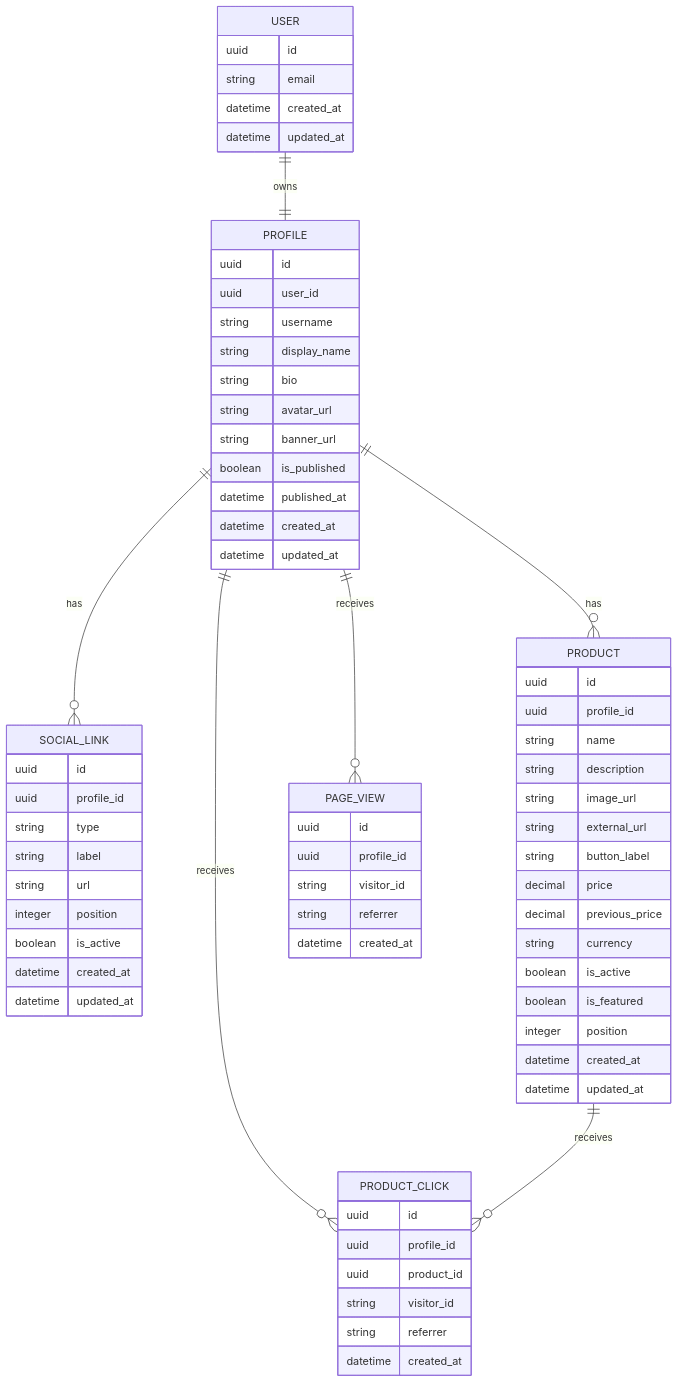
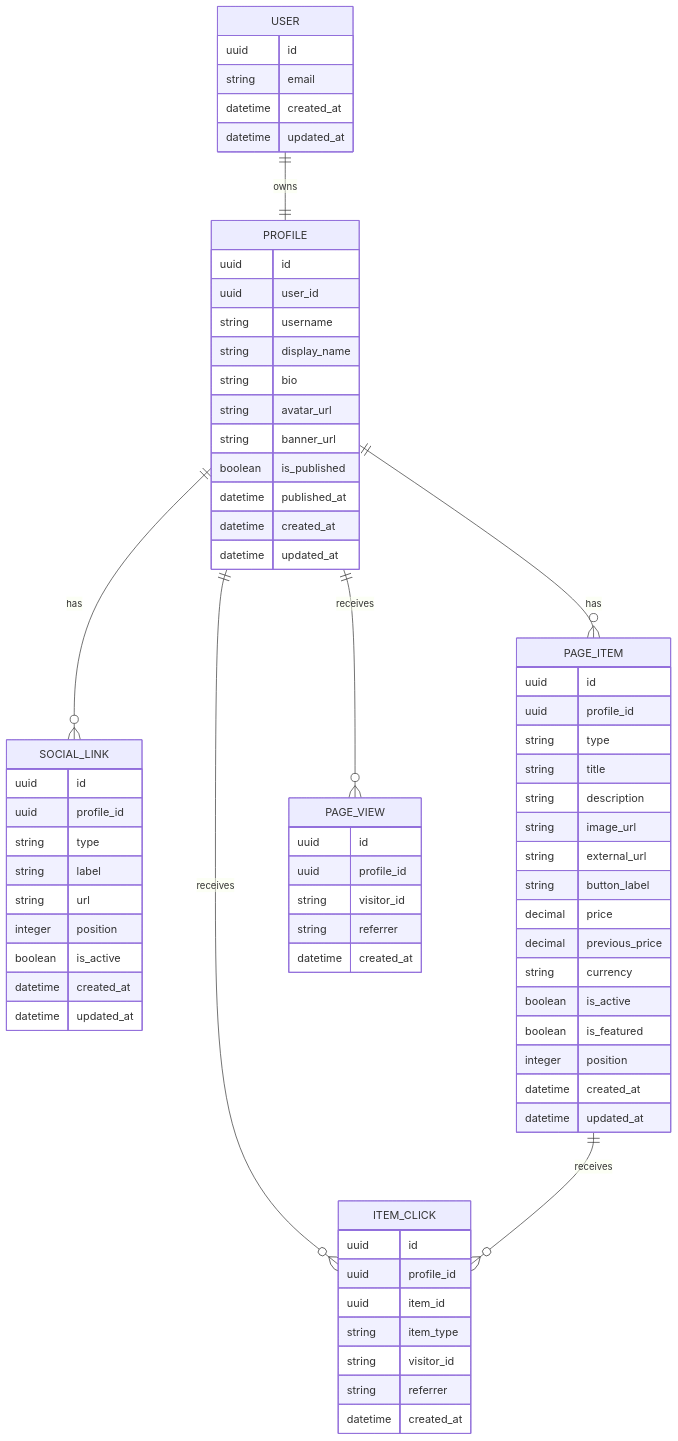
One commit to lucasribdev/creator-store changed the diagram in docs/data-model.md. Above: the diagram before and after it, drawn with Mermaid. The commit also changed other lines of this file and 7 other files, not shown here.

````diff
--- a/docs/data-model.md
+++ b/docs/data-model.md
@@ -433,77 +507,79 @@
 ```mermaid
 erDiagram
     USER ||--|| PROFILE : owns
     PROFILE ||--o{ SOCIAL_LINK : has
-    PROFILE ||--o{ PRODUCT : has
+    PROFILE ||--o{ PAGE_ITEM : has
     PROFILE ||--o{ PAGE_VIEW : receives
-    PROFILE ||--o{ PRODUCT_CLICK : receives
-    PRODUCT ||--o{ PRODUCT_CLICK : receives
+    PROFILE ||--o{ ITEM_CLICK : receives
+    PAGE_ITEM ||--o{ ITEM_CLICK : receives
 
     USER {
         uuid id
         string email
         datetime created_at
         datetime updated_at
     }
 
     PROFILE {
         uuid id
         uuid user_id
         string username
         string display_name
         string bio
         string avatar_url
         string banner_url
         boolean is_published
         datetime published_at
         datetime created_at
         datetime updated_at
     }
 
     SOCIAL_LINK {
         uuid id
         uuid profile_id
         string type
         string label
         string url
         integer position
         boolean is_active
         datetime created_at
         datetime updated_at
     }
 
-    PRODUCT {
+    PAGE_ITEM {
         uuid id
         uuid profile_id
-        string name
+        string type
+        string title
         string description
         string image_url
         string external_url
         string button_label
         decimal price
         decimal previous_price
         string currency
         boolean is_active
         boolean is_featured
         integer position
         datetime created_at
         datetime updated_at
     }
 
     PAGE_VIEW {
         uuid id
         uuid profile_id
         string visitor_id
         string referrer
         datetime created_at
     }
 
-    PRODUCT_CLICK {
+    ITEM_CLICK {
         uuid id
         uuid profile_id
-        uuid product_id
+        uuid item_id
+        string item_type
         string visitor_id
         string referrer
         datetime created_at
     }
 ```
````
